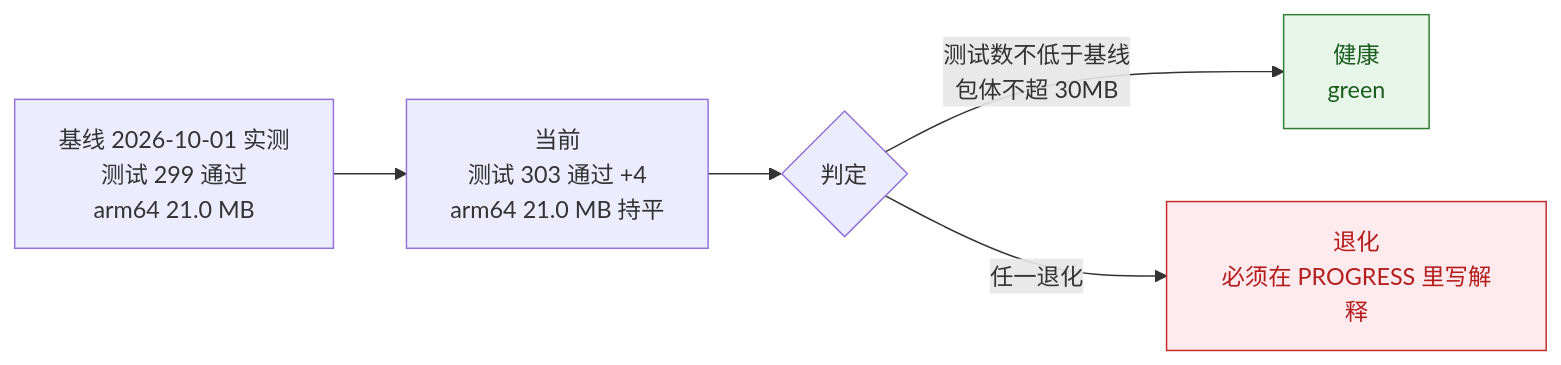
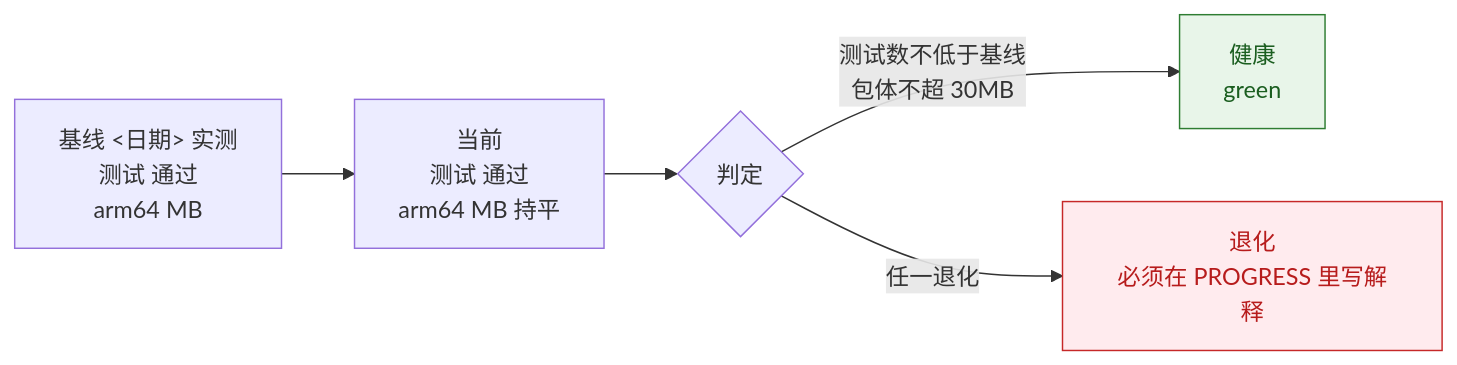
The sixth of 10 diagrams in docs/agent-teams/Mermaid-图集.md (Shadoso-w/BeanClick), drawn with Mermaid before and after one commit. The commit also changed other lines of this file and 3 other files, not shown here.

````diff
--- a/docs/agent-teams/Mermaid-图集.md
+++ b/docs/agent-teams/Mermaid-图集.md
@@ -230,12 +230,12 @@
 ```mermaid
 flowchart LR
-    B["基线 2026-10-01 实测<br/>测试 299 通过<br/>arm64 21.0 MB"] --> C["当前<br/>测试 303 通过 +4<br/>arm64 21.0 MB 持平"]
+    B["基线 <日期> 实测<br/>测试 <n> 通过<br/>arm64 <x> MB"] --> C["当前<br/>测试 <n+Δ> 通过<br/>arm64 <x> MB 持平"]
     C --> J{"判定"}
     J -->|"测试数不低于基线<br/>包体不超 30MB"| OK["健康<br/>green"]
     J -->|"任一退化"| BAD["退化<br/>必须在 PROGRESS 里写解释"]
 
     classDef done fill:#e8f5e9,stroke:#2e7d32,color:#1b5e20
     classDef blocked fill:#ffebee,stroke:#c62828,color:#b71c1c
     class OK done
     class BAD blocked
 ```
````
